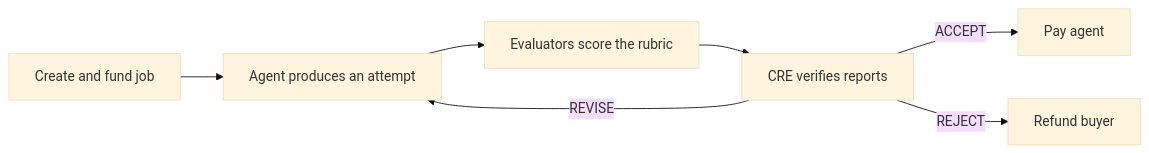
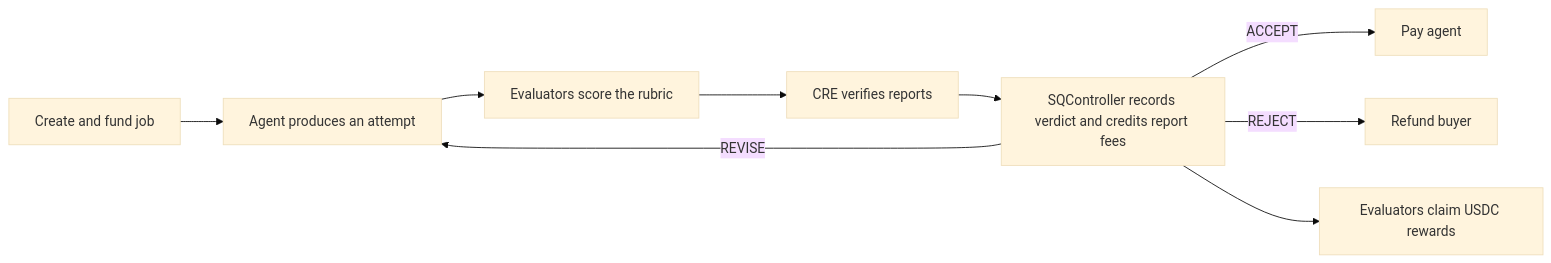
Before and after one commit to DaevMithran/semantic-quorum: the second of 2 diagrams in README.md, drawn with Mermaid (base theme).

Commit message:
docs: add evaluator rewards to deal lifecycle

````diff
--- a/README.md
+++ b/README.md
@@ -39,9 +39,11 @@
 ```mermaid
 flowchart LR
     A[Create and fund job] --> B[Agent produces an attempt]
     B --> C[Evaluators score the rubric]
     C --> D[CRE verifies reports]
-    D -->|REVISE| B
-    D -->|ACCEPT| E[Pay agent]
-    D -->|REJECT| F[Refund buyer]
+    D --> G[SQController records verdict and credits report fees]
+    G -->|REVISE| B
+    G -->|ACCEPT| E[Pay agent]
+    G -->|REJECT| F[Refund buyer]
+    G --> H[Evaluators claim USDC rewards]
 ```
````
